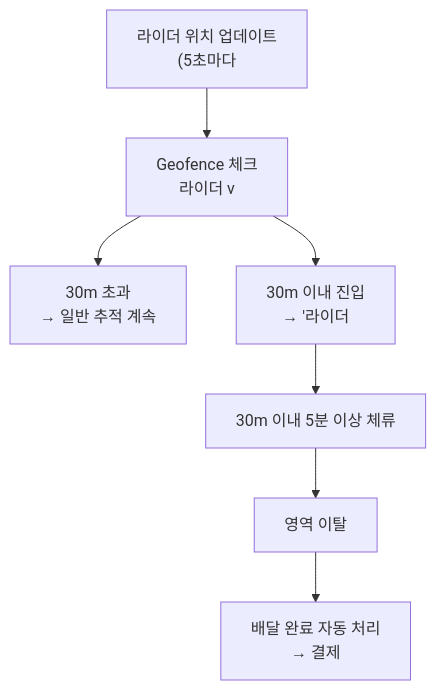
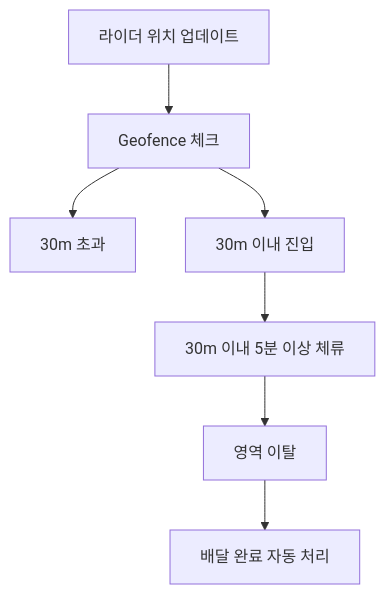
The eighth of 9 diagrams in _posts/systemdesign/2026-05-03-system-design-location.md (yjkim2015/yjkim2015.github.io), drawn with Mermaid before and after one commit. The commit also changed other lines of this file and 217 other files, not shown here.

First line of the commit message:
Mermaid 크기 수정: useMaxWidth:true + SVG max-width:100% + 라벨 축소

````diff
--- a/_posts/systemdesign/2026-05-03-system-design-location.md
+++ b/_posts/systemdesign/2026-05-03-system-design-location.md
@@ -698,10 +698,10 @@
 ```mermaid
 graph TD
-    Update["라이더 위치 업데이트\n(5초마다"]
-    Update --> Check["Geofence 체크\n라이더 v"]
-    Check --> Far["30m 초과\n→ 일반 추적 계속"]
-    Check --> Near["30m 이내 진입\n→ '라이더"]
+    Update["라이더 위치 업데이트"]
+    Update --> Check["Geofence 체크"]
+    Check --> Far["30m 초과"]
+    Check --> Near["30m 이내 진입"]
     Near --> Wait["30m 이내 5분 이상 체류"]
     Wait --> Exit["영역 이탈"]
-    Exit --> Complete["배달 완료 자동 처리\n→ 결제"]
+    Exit --> Complete["배달 완료 자동 처리"]
 ```
````
